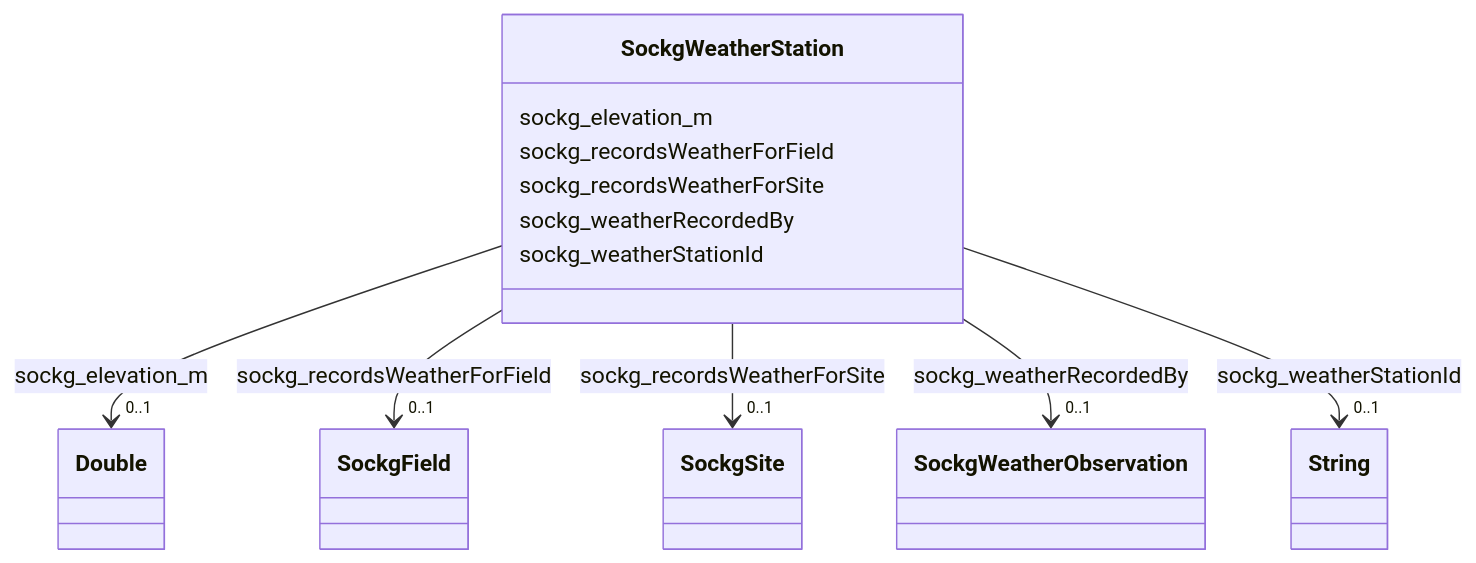
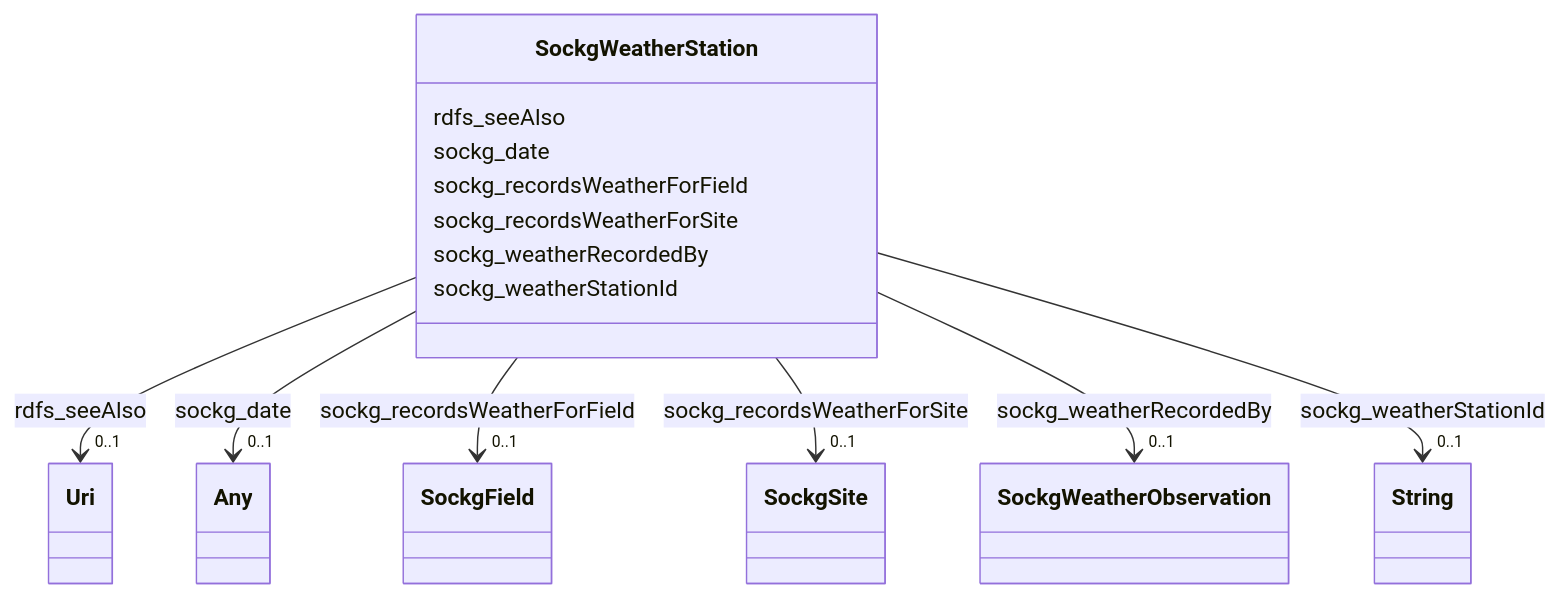
One commit to frink-okn/graph-descriptions changed the diagram in soc-kg/classes/SockgWeatherStation.md. Above: the diagram before and after it, drawn with Mermaid. The commit also changed other lines of this file and 941 other files, not shown here.

````diff
--- a/soc-kg/classes/SockgWeatherStation.md
+++ b/soc-kg/classes/SockgWeatherStation.md
@@ -19,51 +23,60 @@
 ```mermaid
  classDiagram
     class SockgWeatherStation
     click SockgWeatherStation href "../SockgWeatherStation"
-      SockgWeatherStation : sockg_elevation_m
+      SockgWeatherStation : rdfs_seeAlso
         
           
     
     
-    SockgWeatherStation --> "0..1" Double : sockg_elevation_m
-    click Double href "../Double"
+    SockgWeatherStation --> "0..1" Uri : rdfs_seeAlso
+    click Uri href "../Uri"
+
+        
+      SockgWeatherStation : sockg_date
+        
+          
+    
+    
+    SockgWeatherStation --> "0..1" Any : sockg_date
+    click Any href "../Any"
 
         
       SockgWeatherStation : sockg_recordsWeatherForField
         
           
     
     
     SockgWeatherStation --> "0..1" SockgField : sockg_recordsWeatherForField
     click SockgField href "../SockgField"
 
         
       SockgWeatherStation : sockg_recordsWeatherForSite
         
           
     
     
     SockgWeatherStation --> "0..1" SockgSite : sockg_recordsWeatherForSite
     click SockgSite href "../SockgSite"
 
         
       SockgWeatherStation : sockg_weatherRecordedBy
         
           
     
     
     SockgWeatherStation --> "0..1" SockgWeatherObservation : sockg_weatherRecordedBy
     click SockgWeatherObservation href "../SockgWeatherObservation"
 
         
       SockgWeatherStation : sockg_weatherStationId
         
           
     
     
     SockgWeatherStation --> "0..1" String : sockg_weatherStationId
     click String href "../String"
 
         
       
 ```
````
